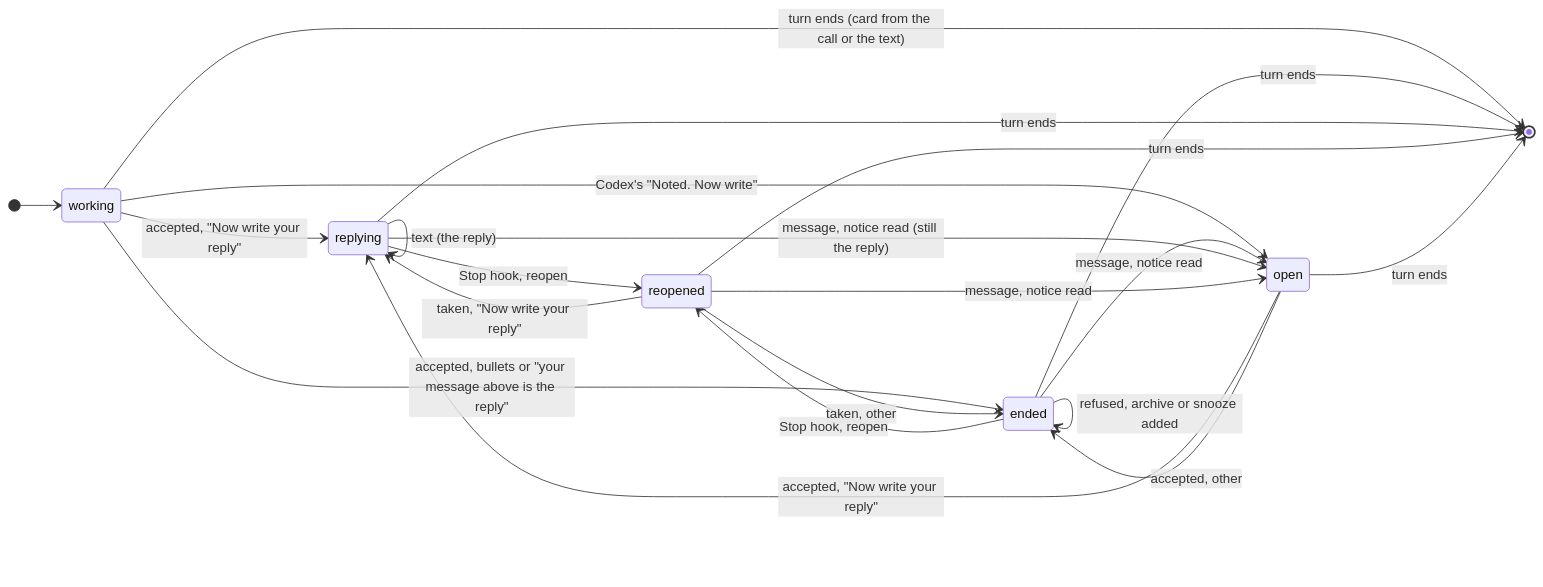
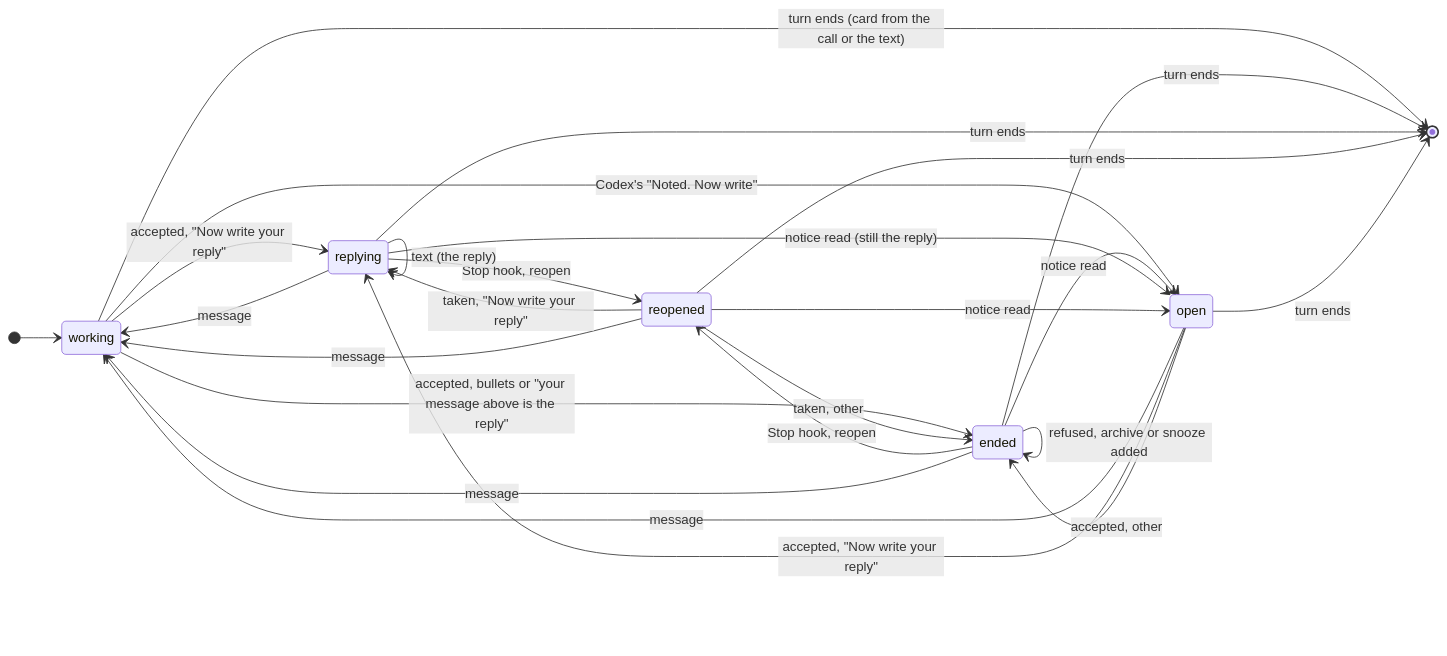
The diagram in docs/protocol/needs-you.md (hhwjsw711/threadbear), drawn with Mermaid before and after one commit. The commit also changed other lines of this file and 9 other files, not shown here.

````diff
--- a/docs/protocol/needs-you.md
+++ b/docs/protocol/needs-you.md
@@ -926,24 +908,28 @@
 ```mermaid
 stateDiagram-v2
   direction LR
   [*] --> working
   working --> replying: accepted, "Now write your reply"
   working --> ended: accepted, bullets or "your message above is the reply"
   working --> open: Codex's "Noted. Now write"
   ended --> reopened: Stop hook, reopen
   replying --> reopened: Stop hook, reopen
   reopened --> replying: taken, "Now write your reply"
   reopened --> ended: taken, other
-  ended --> open: message, notice read
-  replying --> open: message, notice read (still the reply)
-  reopened --> open: message, notice read
+  ended --> open: notice read
+  replying --> open: notice read (still the reply)
+  reopened --> open: notice read
+  ended --> working: message
+  replying --> working: message
+  reopened --> working: message
+  open --> working: message
   open --> replying: accepted, "Now write your reply"
   open --> ended: accepted, other
   ended --> ended: refused, archive or snooze added
   replying --> replying: text (the reply)
   working --> [*]: turn ends (card from the call or the text)
   ended --> [*]: turn ends
   replying --> [*]: turn ends
   reopened --> [*]: turn ends
   open --> [*]: turn ends
 ```
````
